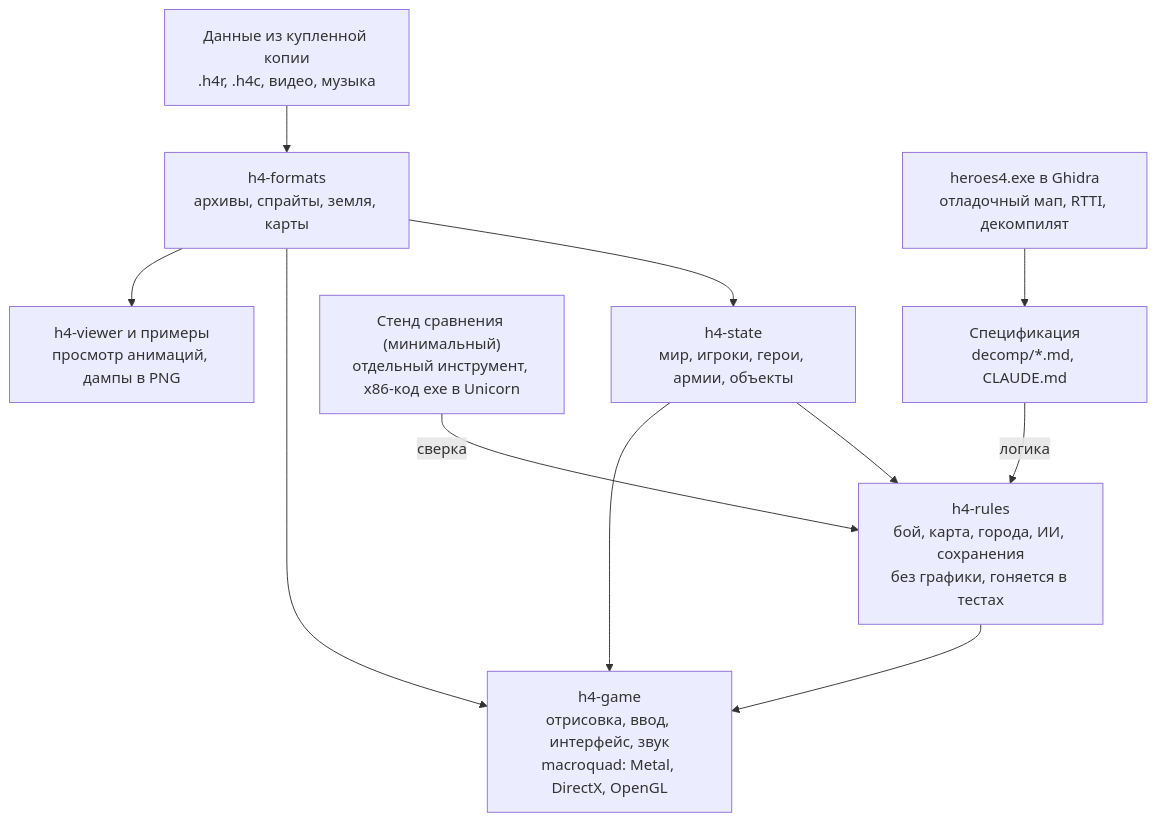
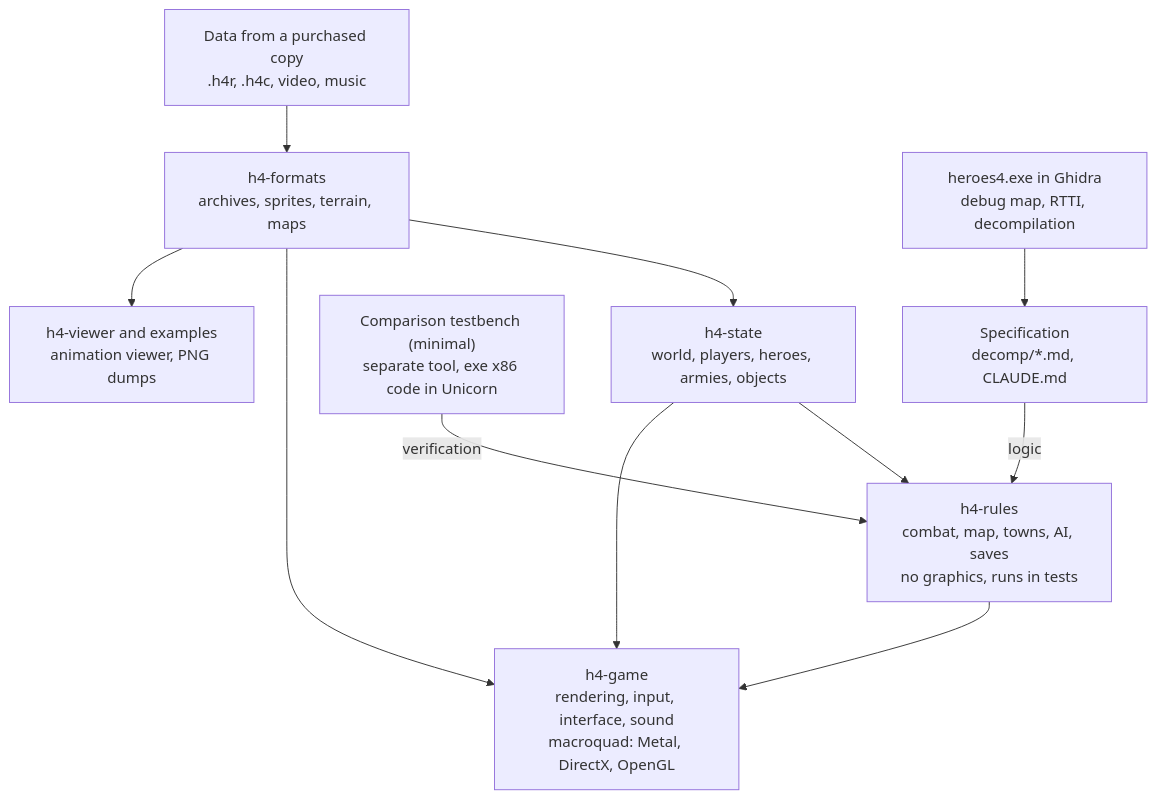
The diagram in PLAN.md (demen1n/h4r), drawn with Mermaid before and after one commit. The commit also changed other lines of this file and 2 other files, not shown here.

````diff
--- a/PLAN.md
+++ b/PLAN.md
@@ -43,13 +45,13 @@
 ```mermaid
 flowchart TD
-    data["Данные из купленной копии<br/>.h4r, .h4c, видео, музыка"] --> formats["h4-formats<br/>архивы, спрайты, земля, карты"]
-    exe["heroes4.exe в Ghidra<br/>отладочный мап, RTTI, декомпилят"] --> spec["Спецификация<br/>decomp/*.md, CLAUDE.md"]
-    formats --> state["h4-state<br/>мир, игроки, герои, армии, объекты"]
-    state --> rules["h4-rules<br/>бой, карта, города, ИИ, сохранения<br/>без графики, гоняется в тестах"]
-    spec -- логика --> rules
-    bench["Стенд сравнения (минимальный)<br/>отдельный инструмент, x86-код exe в Unicorn"] -- сверка --> rules
-    rules --> game["h4-game<br/>отрисовка, ввод, интерфейс, звук<br/>macroquad: Metal, DirectX, OpenGL"]
+    data["Data from a purchased copy<br/>.h4r, .h4c, video, music"] --> formats["h4-formats<br/>archives, sprites, terrain, maps"]
+    exe["heroes4.exe in Ghidra<br/>debug map, RTTI, decompilation"] --> spec["Specification<br/>decomp/*.md, CLAUDE.md"]
+    formats --> state["h4-state<br/>world, players, heroes, armies, objects"]
+    state --> rules["h4-rules<br/>combat, map, towns, AI, saves<br/>no graphics, runs in tests"]
+    spec -- logic --> rules
+    bench["Comparison testbench (minimal)<br/>separate tool, exe x86 code in Unicorn"] -- verification --> rules
+    rules --> game["h4-game<br/>rendering, input, interface, sound<br/>macroquad: Metal, DirectX, OpenGL"]
     formats --> game
     state --> game
-    formats --> tools["h4-viewer и примеры<br/>просмотр анимаций, дампы в PNG"]
+    formats --> tools["h4-viewer and examples<br/>animation viewer, PNG dumps"]
 ```
````
